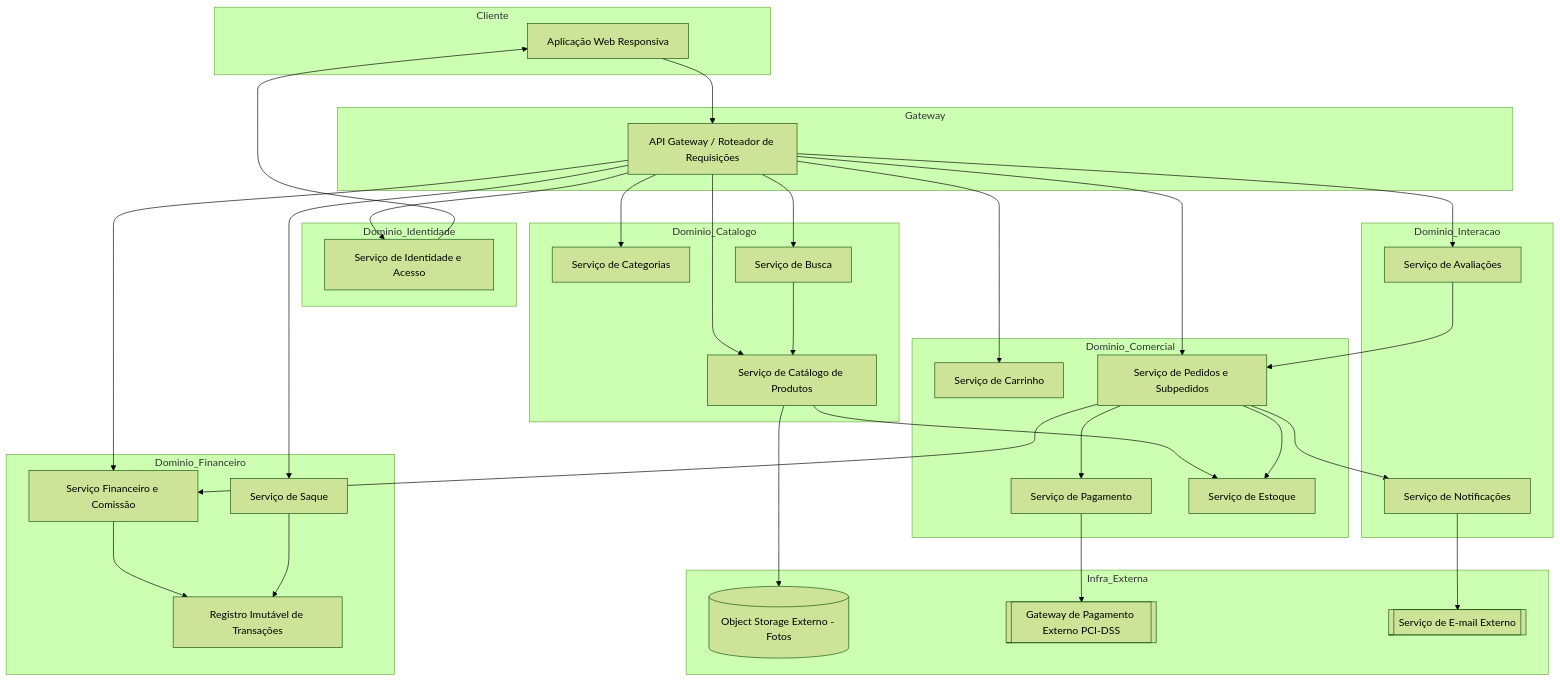
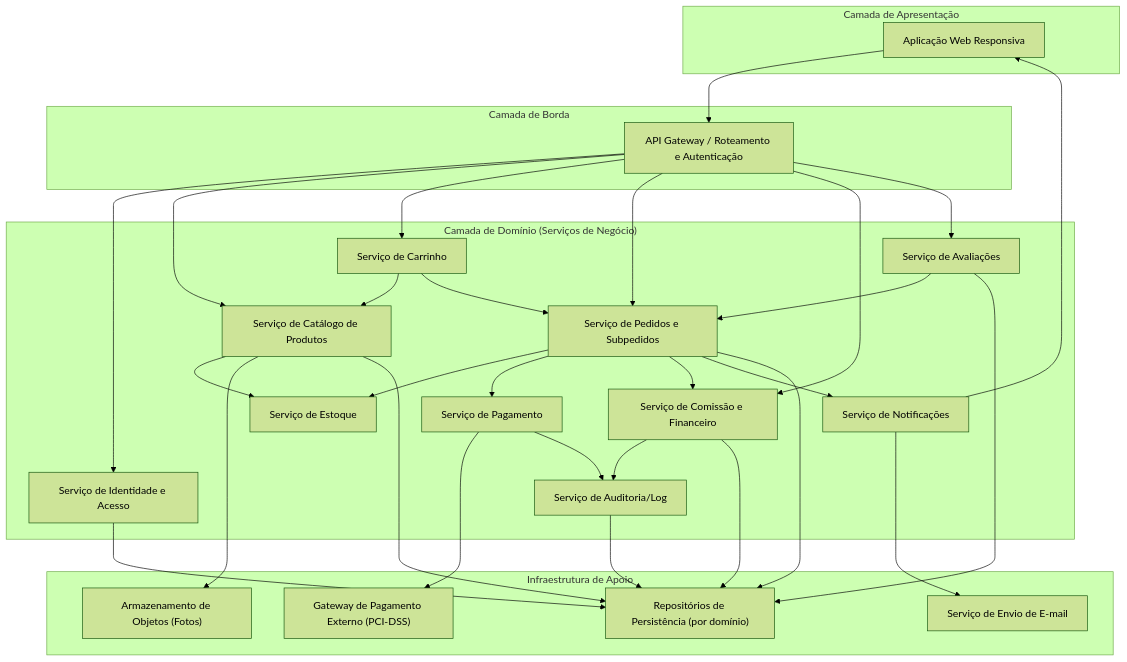
The first of 3 diagrams in docs/Time_2_Design/analise-qualitativa/outputs/relatorio_claude_sonnet_5_M03.md (PDC-ESIA/AI4ES), drawn with Mermaid (forest theme) before and after one commit. The commit also changed other lines of this file and 107 other files, not shown here.

````diff
--- a/docs/Time_2_Design/analise-qualitativa/outputs/relatorio_claude_sonnet_5_M03.md
+++ b/docs/Time_2_Design/analise-qualitativa/outputs/relatorio_claude_sonnet_5_M03.md
@@ -31,69 +31,66 @@
 ```mermaid
-graph TB
-    subgraph Cliente
-        WEB[Aplicação Web Responsiva]
+flowchart TB
+    subgraph Cliente["Camada de Apresentação"]
+        WebApp["Aplicação Web Responsiva"]
     end
 
-    subgraph Gateway
-        APIGW[API Gateway / Roteador de Requisições]
+    subgraph Gateway["Camada de Borda"]
+        APIGW["API Gateway / Roteamento e Autenticação"]
     end
 
-    subgraph Dominio_Identidade
-        AUTH[Serviço de Identidade e Acesso]
+    subgraph Dominio["Camada de Domínio (Serviços de Negócio)"]
+        IdentidadeSvc["Serviço de Identidade e Acesso"]
+        CatalogoSvc["Serviço de Catálogo de Produtos"]
+        EstoqueSvc["Serviço de Estoque"]
+        CarrinhoSvc["Serviço de Carrinho"]
+        PedidoSvc["Serviço de Pedidos e Subpedidos"]
+        PagamentoSvc["Serviço de Pagamento"]
+        ComissaoSvc["Serviço de Comissão e Financeiro"]
+        AvaliacaoSvc["Serviço de Avaliações"]
+        NotificacaoSvc["Serviço de Notificações"]
+        AuditoriaSvc["Serviço de Auditoria/Log"]
     end
 
-    subgraph Dominio_Catalogo
-        CAT[Serviço de Catálogo de Produtos]
-        CATEG[Serviço de Categorias]
-        SEARCH[Serviço de Busca]
+    subgraph Infra["Infraestrutura de Apoio"]
+        ObjectStorage["Armazenamento de Objetos (Fotos)"]
+        GatewayPagamento["Gateway de Pagamento Externo (PCI-DSS)"]
+        RepositorioDados["Repositórios de Persistência (por domínio)"]
+        ServicoEmail["Serviço de Envio de E-mail"]
     end
 
-    subgraph Dominio_Comercial
-        CART[Serviço de Carrinho]
-        ORDER[Serviço de Pedidos e Subpedidos]
-        PAY[Serviço de Pagamento]
-        STOCK[Serviço de Estoque]
-    end
+    WebApp --> APIGW
+    APIGW --> IdentidadeSvc
+    APIGW --> CatalogoSvc
+    APIGW --> CarrinhoSvc
+    APIGW --> PedidoSvc
+    APIGW --> ComissaoSvc
+    APIGW --> AvaliacaoSvc
 
-    subgraph Dominio_Financeiro
-        FIN[Serviço Financeiro e Comissão]
-        PAYOUT[Serviço de Saque]
-        LEDGER[Registro Imutável de Transações]
-    end
+    CatalogoSvc --> EstoqueSvc
+    CatalogoSvc --> ObjectStorage
+    CatalogoSvc --> RepositorioDados
 
-    subgraph Dominio_Interacao
-        REVIEW[Serviço de Avaliações]
-        NOTIFY[Serviço de Notificações]
-    end
+    CarrinhoSvc --> CatalogoSvc
+    CarrinhoSvc --> PedidoSvc
 
-    subgraph Infra_Externa
-        OBJSTORE[(Object Storage Externo - Fotos)]
-        GATEWAYPAG[[Gateway de Pagamento Externo PCI-DSS]]
-        EMAIL[[Serviço de E-mail Externo]]
-    end
+    PedidoSvc --> EstoqueSvc
+    PedidoSvc --> PagamentoSvc
+    PedidoSvc --> ComissaoSvc
+    PedidoSvc --> NotificacaoSvc
+    PedidoSvc --> RepositorioDados
 
-    WEB --> APIGW
-    APIGW --> AUTH
-    APIGW --> CAT
-    APIGW --> CATEG
-    APIGW --> SEARCH
-    APIGW --> CART
-    APIGW --> ORDER
-    APIGW --> REVIEW
-    APIGW --> FIN
-    APIGW --> PAYOUT
+    PagamentoSvc --> GatewayPagamento
+    PagamentoSvc --> AuditoriaSvc
 
-    CAT --> OBJSTORE
-    CAT --> STOCK
-    SEARCH --> CAT
-    ORDER --> STOCK
-    ORDER --> PAY
-    PAY --> GATEWAYPAG
-    ORDER --> NOTIFY
-    NOTIFY --> EMAIL
-    ORDER --> FIN
-    FIN --> LEDGER
-    PAYOUT --> LEDGER
-    REVIEW --> ORDER
-    AUTH --> WEB
+    ComissaoSvc --> AuditoriaSvc
+    ComissaoSvc --> RepositorioDados
+
+    AvaliacaoSvc --> PedidoSvc
+    AvaliacaoSvc --> RepositorioDados
+
+    NotificacaoSvc --> ServicoEmail
+    NotificacaoSvc --> WebApp
+
+    IdentidadeSvc --> RepositorioDados
+    AuditoriaSvc --> RepositorioDados
 ```
````
